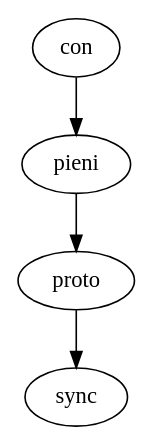
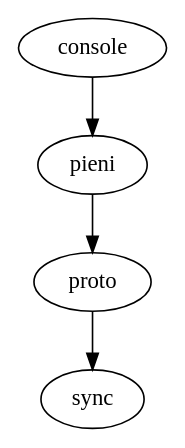
One commit to sagittar-org/pieni changed the diagram in misc/dependency.dot. Above: the diagram before and after it, drawn with Graphviz. The commit also changed 1 other file, not shown here.

```diff
--- a/misc/dependency.dot
+++ b/misc/dependency.dot
@@ -1,5 +1,5 @@
 digraph dependency {
+	console -> pieni;
+	pieni -> proto;
 	proto -> sync;
-	con -> pieni;
-	pieni -> proto;
 }
```
